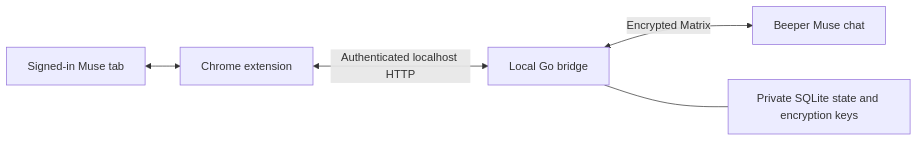
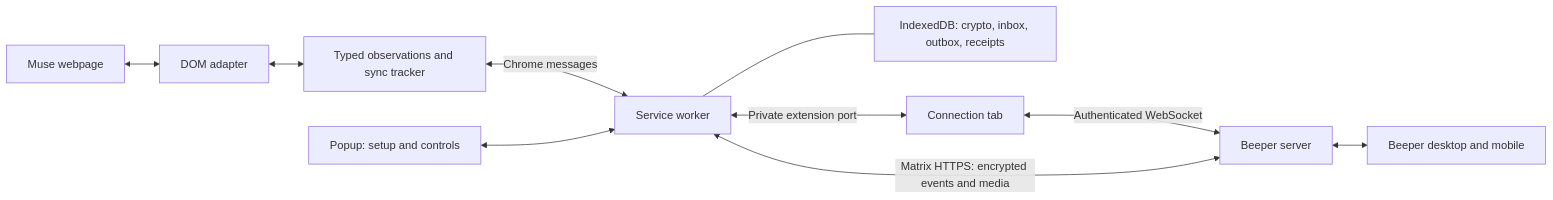
Before and after one commit to nishu-builder/beeper-muse: the diagram in docs/architecture.md, drawn with Mermaid. The commit also changed other lines of this file and 53 other files, not shown here.

First line of the commit message:
Ship the Chrome-only extension and public setup (#14)

````diff
--- a/docs/architecture.md
+++ b/docs/architecture.md
@@ -6,7 +8,12 @@
 ```mermaid
 flowchart LR
-    Muse[Signed-in Muse tab] <--> Extension[Chrome extension]
-    Extension <-->|Authenticated localhost HTTP| Bridge[Local Go bridge]
-    Bridge <-->|Encrypted Matrix| Beeper[Beeper Muse chat]
-    Bridge --- State[Private SQLite state and encryption keys]
+    Page[Muse webpage] <--> Adapter[DOM adapter]
+    Adapter <--> Tracker[Typed observations and sync tracker]
+    Tracker <-->|Chrome messages| Worker[Service worker]
+    Popup[Popup: setup and controls] <--> Worker
+    Worker --- DB[IndexedDB: crypto, inbox, outbox, receipts]
+    Worker <-->|Private extension port| Socket[Connection tab]
+    Socket <-->|Authenticated WebSocket| Server[Beeper server]
+    Worker <-->|Matrix HTTPS: encrypted events and media| Server
+    Server <--> Clients[Beeper desktop and mobile]
 ```
````
